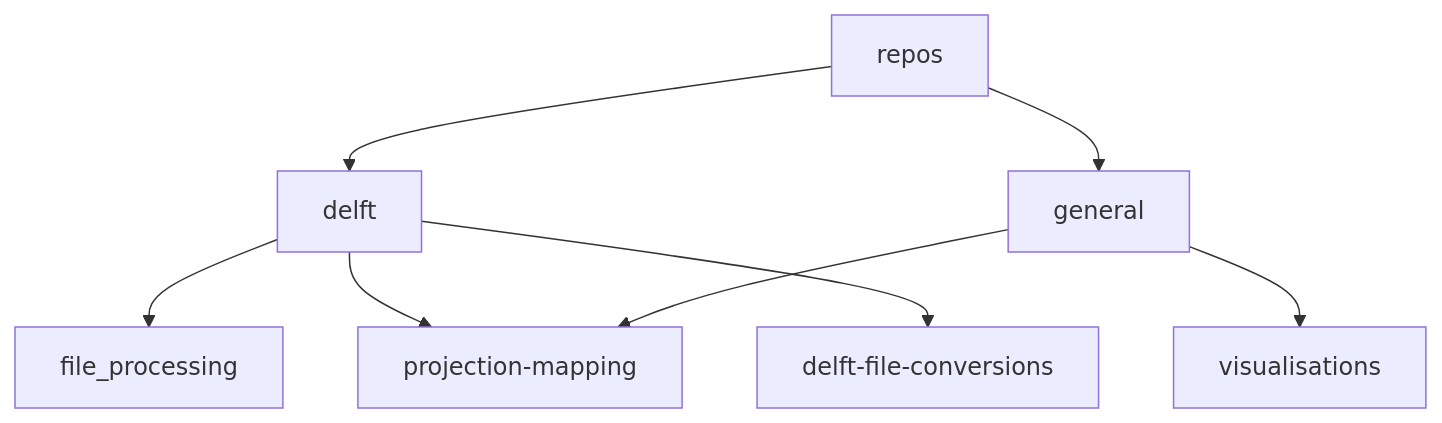
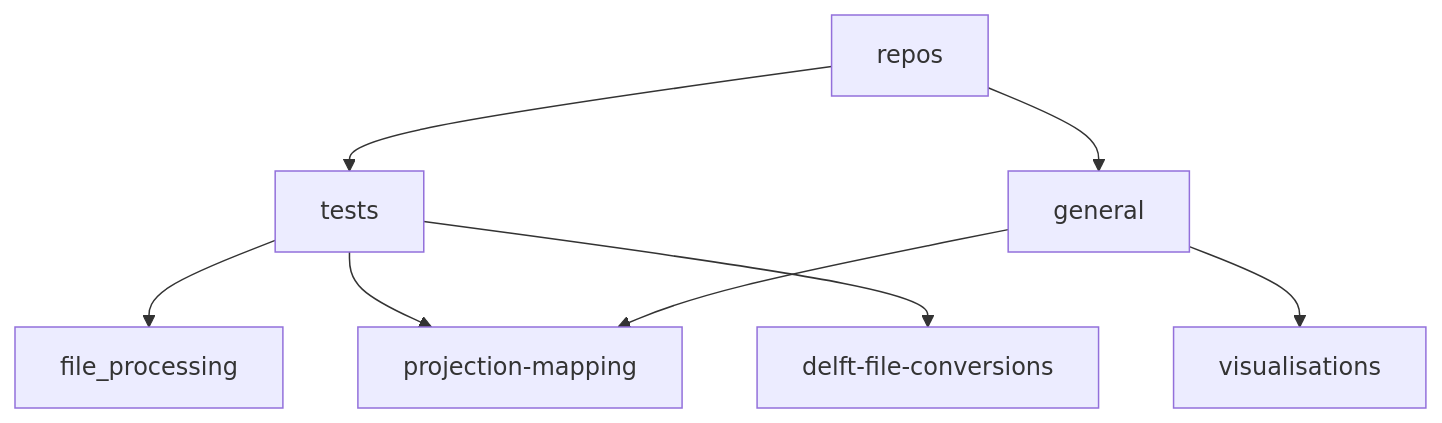
One commit to Anchor-Environmental/.github changed the diagram in README.md. Above: the diagram before and after it, drawn with Mermaid.

````diff
--- a/README.md
+++ b/README.md
@@ -38,12 +38,12 @@
 ```mermaid
 
 graph TD
   repos-->delft
-  delft-->file_processing
+  delft[tests]-->file_processing
   delft-->projection-mapping
   delft-->delft-file-conversions
   repos-->general
   general-->visualisations
   general-->projection-mapping
 
 ```
````
